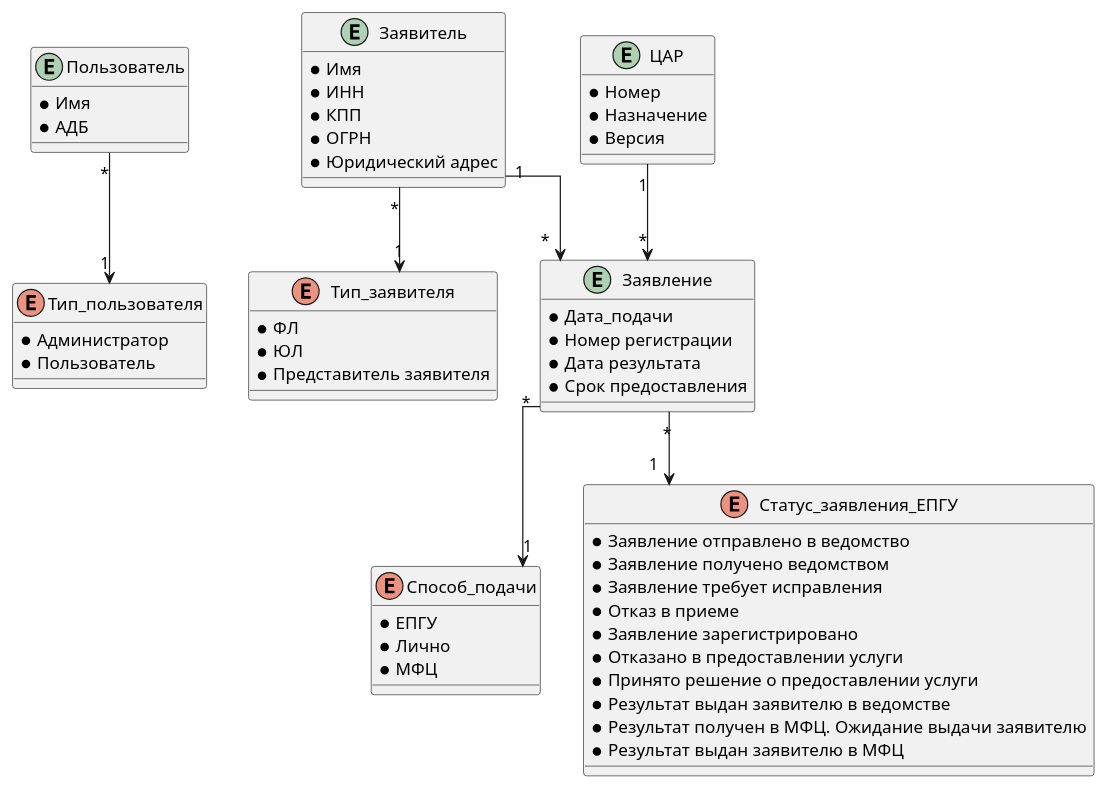
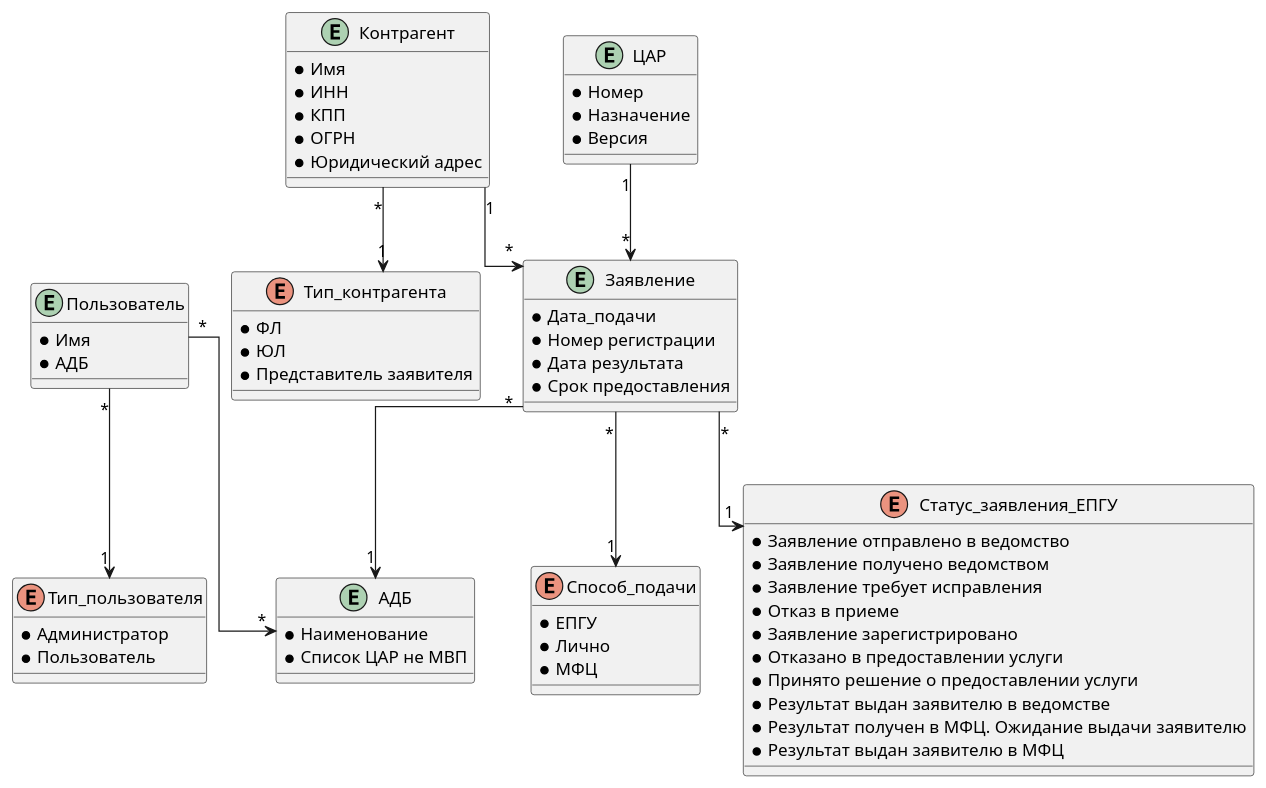
One commit to sonorame/docs_kcr changed the diagram in diagrams/src/class.puml. Above: the diagram before and after it, drawn with PlantUML. The commit also changed 7 other files, not shown here.

```diff
--- a/diagrams/src/class.puml
+++ b/diagrams/src/class.puml
@@ -1,74 +1,75 @@
 @startuml
 
 skinparam linetype ortho
 
 Entity Пользователь {
   *Имя
   *АДБ
 }
 
+Entity АДБ {
+  *Наименование
+  *Список ЦАР не МВП
+}
+
 Enum Тип_пользователя{
   *Администратор
   *Пользователь
 }
 
-Entity Заявитель {
+Entity Контрагент {
   *Имя
   *ИНН
   *КПП
   *ОГРН
   *Юридический адрес
 }
 
-Enum Тип_заявителя{
+Enum Тип_контрагента {
   *ФЛ
   *ЮЛ
   *Представитель заявителя
 }
 
 Entity Заявление {
   *Дата_подачи
   *Номер регистрации
   *Дата результата
   *Срок предоставления
 }
 
 Enum Способ_подачи{
   *ЕПГУ
   *Лично
   *МФЦ
 }
 
 Enum Статус_заявления_ЕПГУ {
   *Заявление отправлено в ведомство
   *Заявление получено ведомством
   *Заявление требует исправления
   *Отказ в приеме
   *Заявление зарегистрировано
   *Отказано в предоставлении услуги
   *Принято решение о предоставлении услуги
   *Результат выдан заявителю в ведомстве
   *Результат получен в МФЦ. Ожидание выдачи заявителю
   *Результат выдан заявителю в МФЦ
 }
 
 Entity ЦАР {
   *Номер
   *Назначение
   *Версия
 }
 
-
-
-
-Заявитель "*" --> "1" Тип_заявителя
-Заявитель "1" --> "*" Заявление
+Пользователь "*" --> "*" АДБ
+Заявление "*" --> "1" АДБ
+Контрагент "*" --> "1" Тип_контрагента
+Контрагент "1" --> "*" Заявление
 Заявление "*" --> "1" Статус_заявления_ЕПГУ
 ЦАР "1" --> "*" Заявление 
 Заявление "*" --> "1" Способ_подачи
 Пользователь "*" --> "1" Тип_пользователя
 
-
-
-
 @enduml
```
